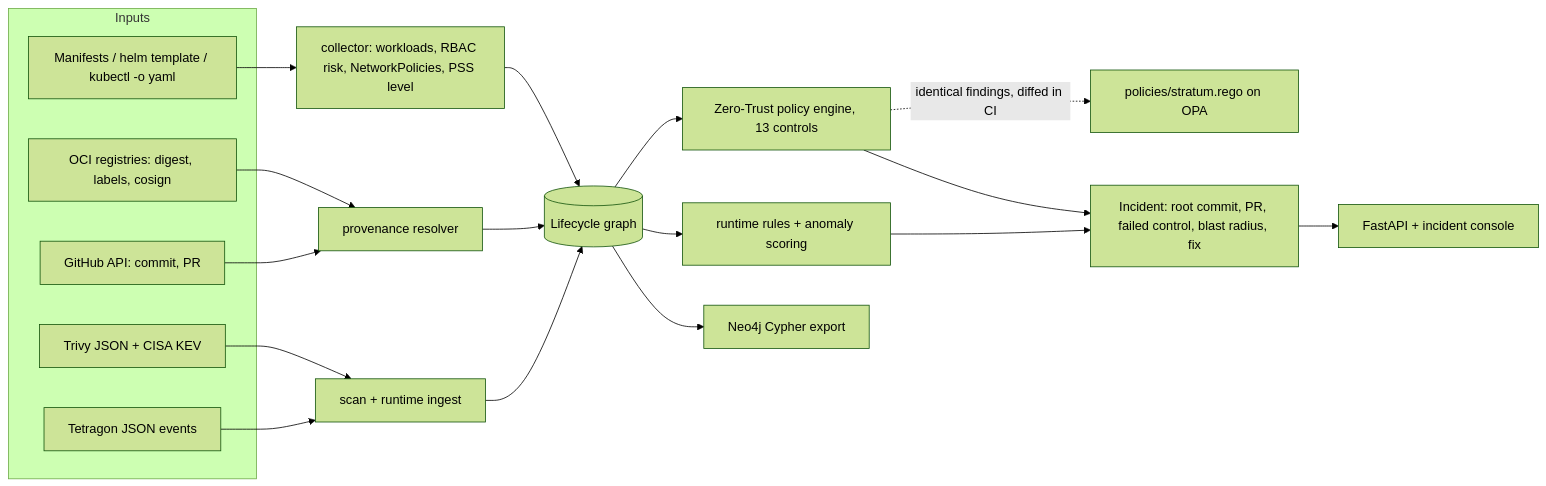
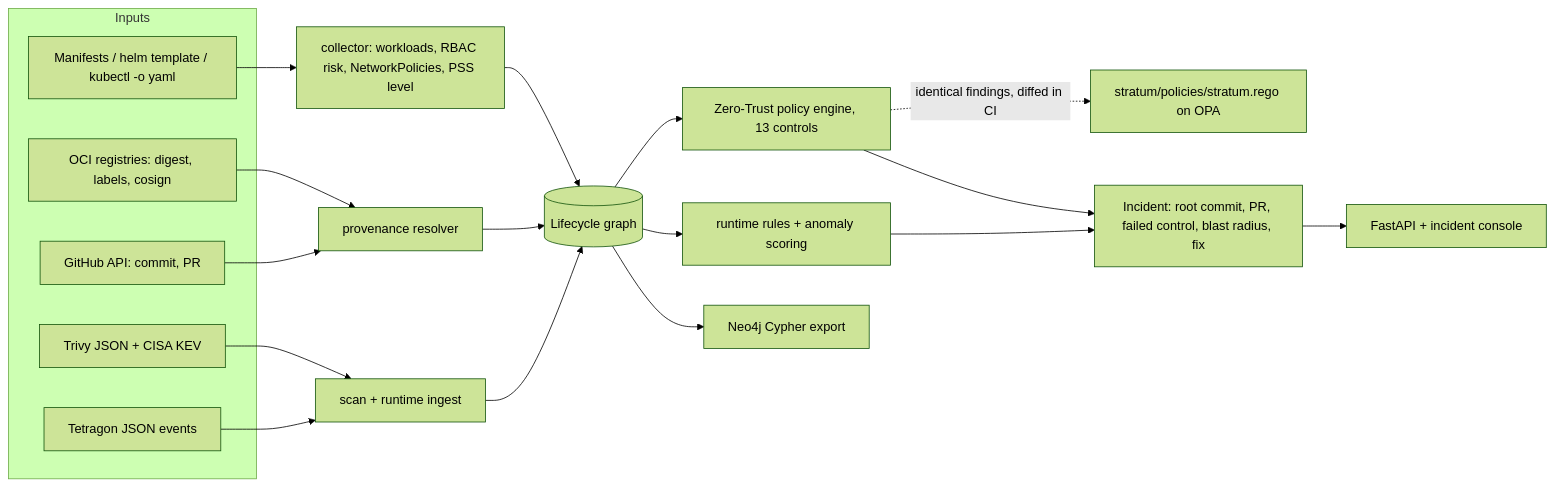
Before and after one commit to rakshit-737/stratum: the diagram in README.md, drawn with Mermaid (forest theme). The commit also changed other lines of this file and 17 other files, not shown here.

First line of the commit message:
fix(packaging): ship Rego policies inside the wheel; data dir defaults to ./data

````diff
--- a/README.md
+++ b/README.md
@@ -49,25 +49,25 @@
 ```mermaid
 flowchart LR
   subgraph Inputs
     MAN[Manifests / helm template / kubectl -o yaml]
     REG[OCI registries: digest, labels, cosign]
     GH[GitHub API: commit, PR]
     TRV[Trivy JSON + CISA KEV]
     TET[Tetragon JSON events]
   end
   MAN --> K8S[collector: workloads, RBAC risk, NetworkPolicies, PSS level]
   REG --> PROV[provenance resolver]
   GH --> PROV
   TRV --> ING[scan + runtime ingest]
   TET --> ING
   K8S --> G[(Lifecycle graph)]
   PROV --> G
   ING --> G
   G --> POL[Zero-Trust policy engine, 13 controls]
-  POL -. identical findings, diffed in CI .-> REGO[policies/stratum.rego on OPA]
+  POL -. identical findings, diffed in CI .-> REGO[stratum/policies/stratum.rego on OPA]
   G --> DET[runtime rules + anomaly scoring]
   DET --> INC[Incident: root commit, PR, failed control, blast radius, fix]
   POL --> INC
   INC --> UI[FastAPI + incident console]
   G --> NEO[Neo4j Cypher export]
 ```
````
